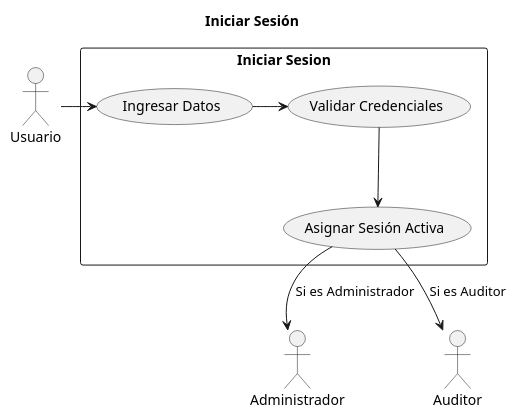
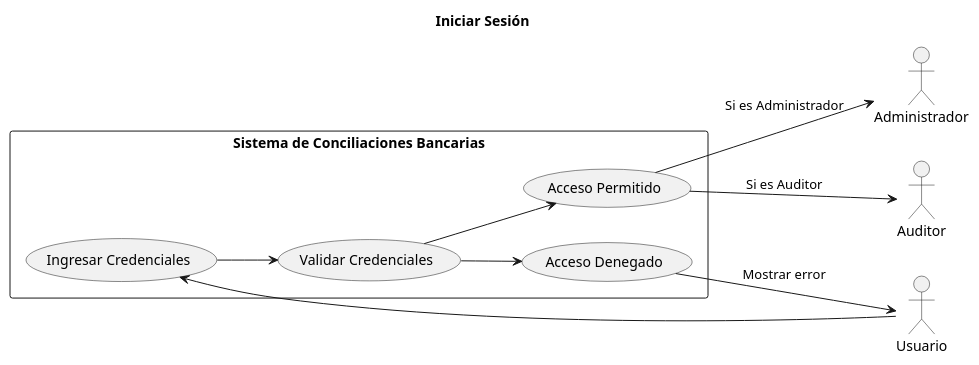
The diagram in IniciarSesion.puml (ricardouriegas/sistema-de-consilaciones-bancarias), drawn with PlantUML before and after one commit. The commit also changed 15 other files, not shown here.

```diff
--- a/IniciarSesion.puml
+++ b/IniciarSesion.puml
@@ -1,17 +1,19 @@
 @startuml IniciarSesion
 title Iniciar Sesión
+left to right direction
 
 actor Usuario
 actor Administrador as admin
 actor Auditor as auditor
 
-rectangle "Iniciar Sesion" {
-    Usuario -> (Ingresar Datos)
-    (Ingresar Datos) -> (Validar Credenciales)
-    (Validar Credenciales) --> (Asignar Sesión Activa)
-
-    (Asignar Sesión Activa) --> admin : Si es Administrador
-    (Asignar Sesión Activa) --> auditor : Si es Auditor
+rectangle "Sistema de Conciliaciones Bancarias" {
+    Usuario -> (Ingresar Credenciales)
+    (Ingresar Credenciales) --> (Validar Credenciales)
+    (Validar Credenciales) --> (Acceso Permitido)
+    (Validar Credenciales) --> (Acceso Denegado)
+    (Acceso Permitido) --> admin : Si es Administrador
+    (Acceso Permitido) --> auditor : Si es Auditor
+    (Acceso Denegado) --> Usuario : Mostrar error
 }
 
 @enduml
```
